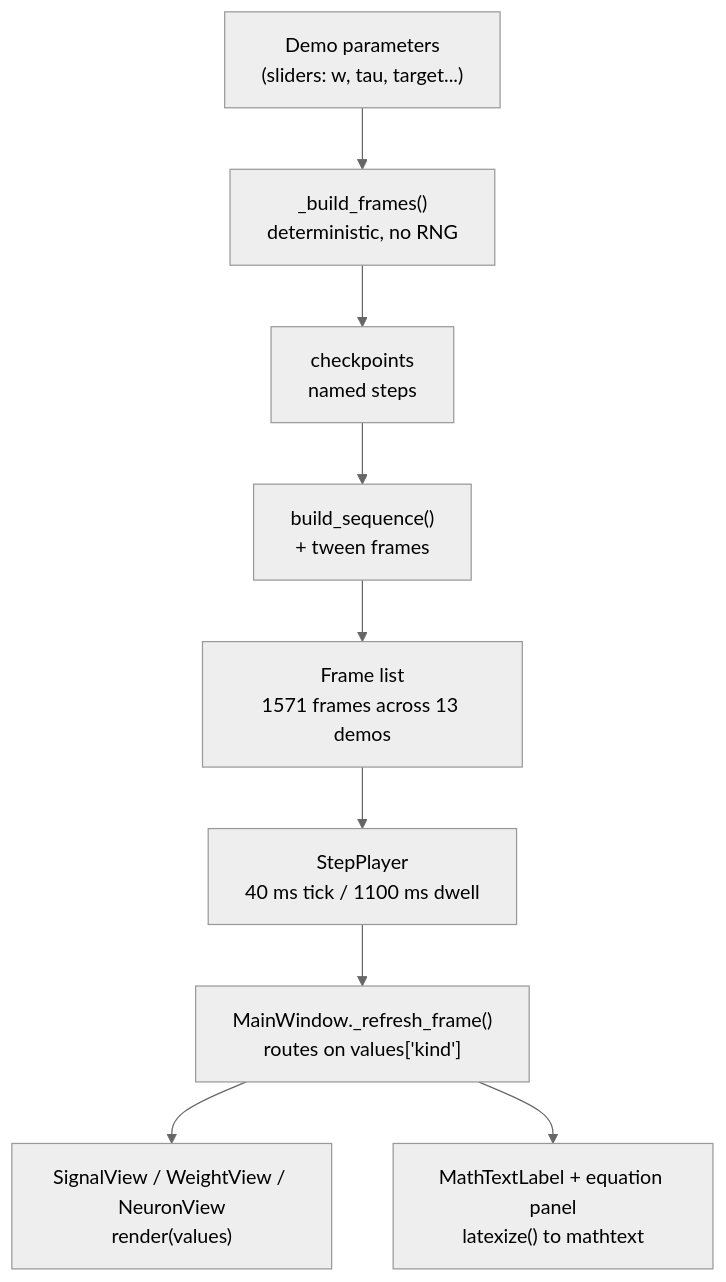
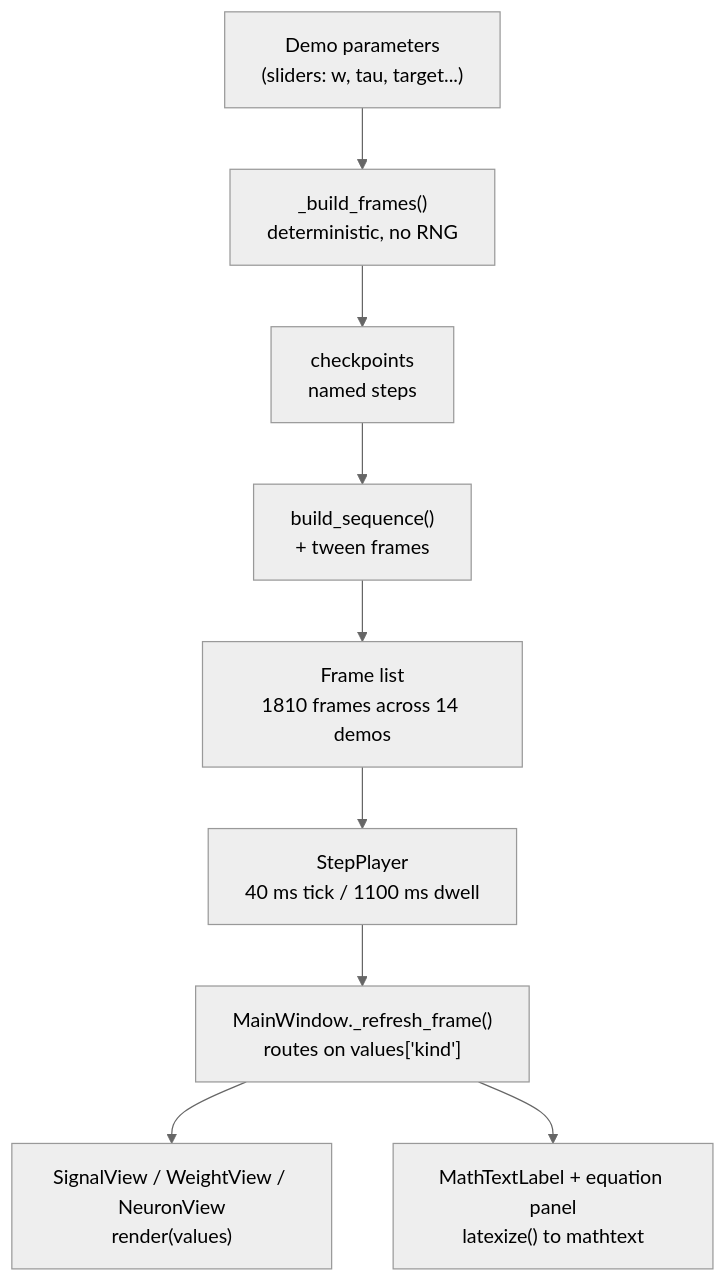
One commit to ensismoebius/doutorado changed the diagram in software/nn/.wiki/Demos/efficient-nn-lab.md. Above: the diagram before and after it, drawn with Mermaid (neutral theme). The commit also changed other lines of this file and 10 other files, not shown here.

````diff
--- a/software/nn/.wiki/Demos/efficient-nn-lab.md
+++ b/software/nn/.wiki/Demos/efficient-nn-lab.md
@@ -115,11 +115,11 @@
 ```mermaid
 flowchart TD
     P["Demo parameters<br/>(sliders: w, tau, target...)"] --> B["_build_frames()<br/>deterministic, no RNG"]
     B --> C["checkpoints<br/>named steps"]
     C --> T["build_sequence()<br/>+ tween frames"]
-    T --> L["Frame list<br/>1571 frames across 13 demos"]
+    T --> L["Frame list<br/>1810 frames across 14 demos"]
     L --> S["StepPlayer<br/>40 ms tick / 1100 ms dwell"]
     S --> M["MainWindow._refresh_frame()<br/>routes on values['kind']"]
     M --> V["SignalView / WeightView / NeuronView<br/>render(values)"]
     M --> E["MathTextLabel + equation panel<br/>latexize() to mathtext"]
 ```
````
